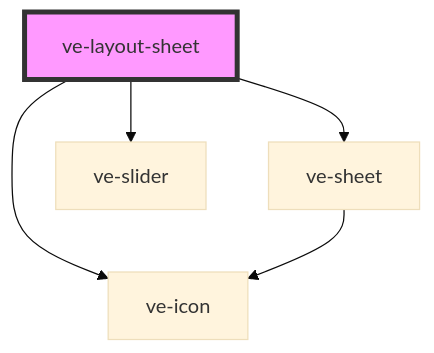
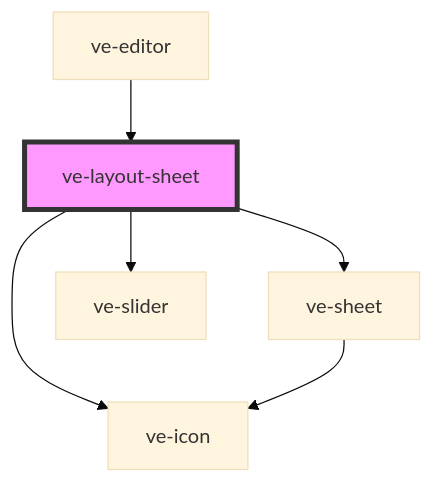
The diagram in src/components/ve-layout-sheet/readme.md (dotnetdreamer/capacitor-video-kit), drawn with Mermaid (base theme) before and after one commit. The commit also changed other lines of this file and 38 other files, not shown here.

````diff
--- a/src/components/ve-layout-sheet/readme.md
+++ b/src/components/ve-layout-sheet/readme.md
@@ -33,8 +37,9 @@
 ```mermaid
 graph TD;
   ve-layout-sheet --> ve-sheet
   ve-layout-sheet --> ve-slider
   ve-layout-sheet --> ve-icon
   ve-sheet --> ve-icon
+  ve-editor --> ve-layout-sheet
   style ve-layout-sheet fill:#f9f,stroke:#333,stroke-width:4px
 ```
````
